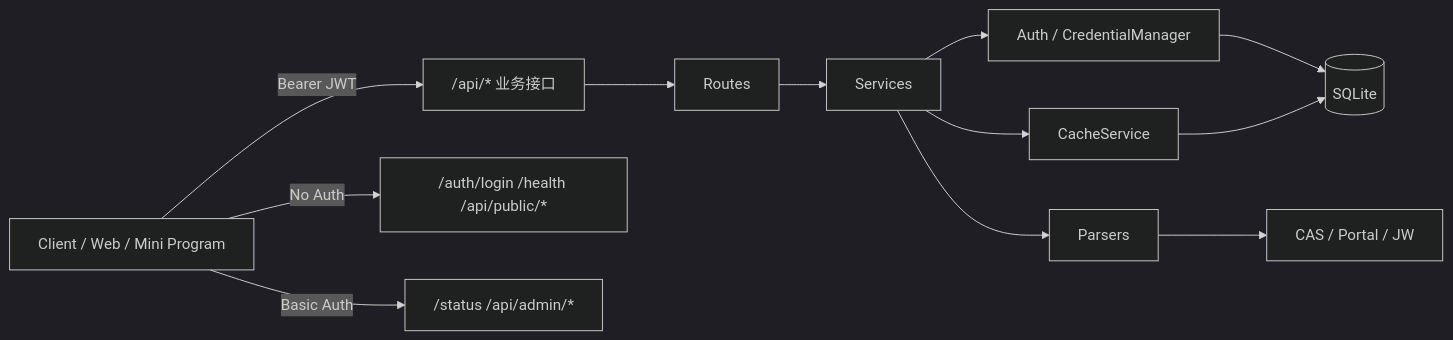
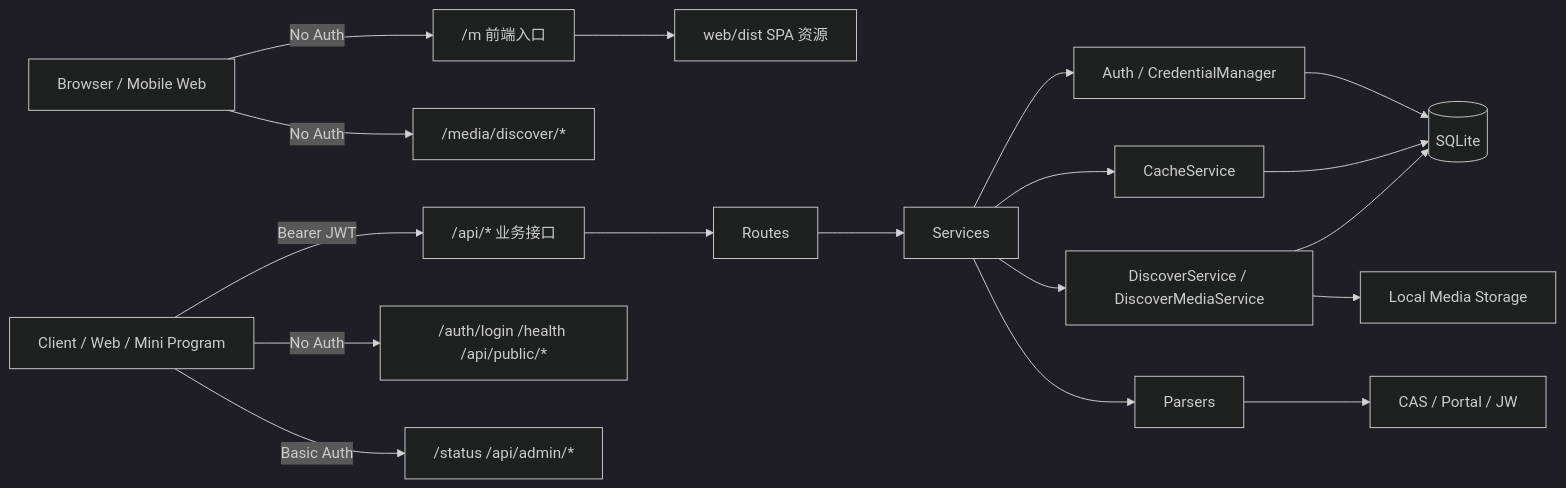
The diagram in ARCHITECTURE.md (Yuxiangyun/huas-wechat), drawn with Mermaid (dark theme) before and after one commit. The commit also changed other lines of this file and 129 other files, not shown here.

````diff
--- a/ARCHITECTURE.md
+++ b/ARCHITECTURE.md
@@ -41,15 +42,21 @@
 ```mermaid
 flowchart LR
+  Browser["Browser / Mobile Web"] -->|No Auth| Web["/m 前端入口"]
   Client["Client / Web / Mini Program"] -->|Bearer JWT| API["/api/* 业务接口"]
   Client -->|No Auth| Public["/auth/login /health /api/public/*"]
   Client -->|Basic Auth| Admin["/status /api/admin/*"]
+  Browser -->|No Auth| Media["/media/discover/*"]
 
+  Web --> Assets["web/dist SPA 资源"]
   API --> Routes
   Routes --> Services
   Services --> Auth["Auth / CredentialManager"]
   Services --> Cache["CacheService"]
+  Services --> Discover["DiscoverService / DiscoverMediaService"]
   Services --> Parsers
   Auth --> DB[(SQLite)]
   Cache --> DB
+  Discover --> DB
+  Discover --> Files["Local Media Storage"]
   Parsers --> Upstream["CAS / Portal / JW"]
 ```
````
